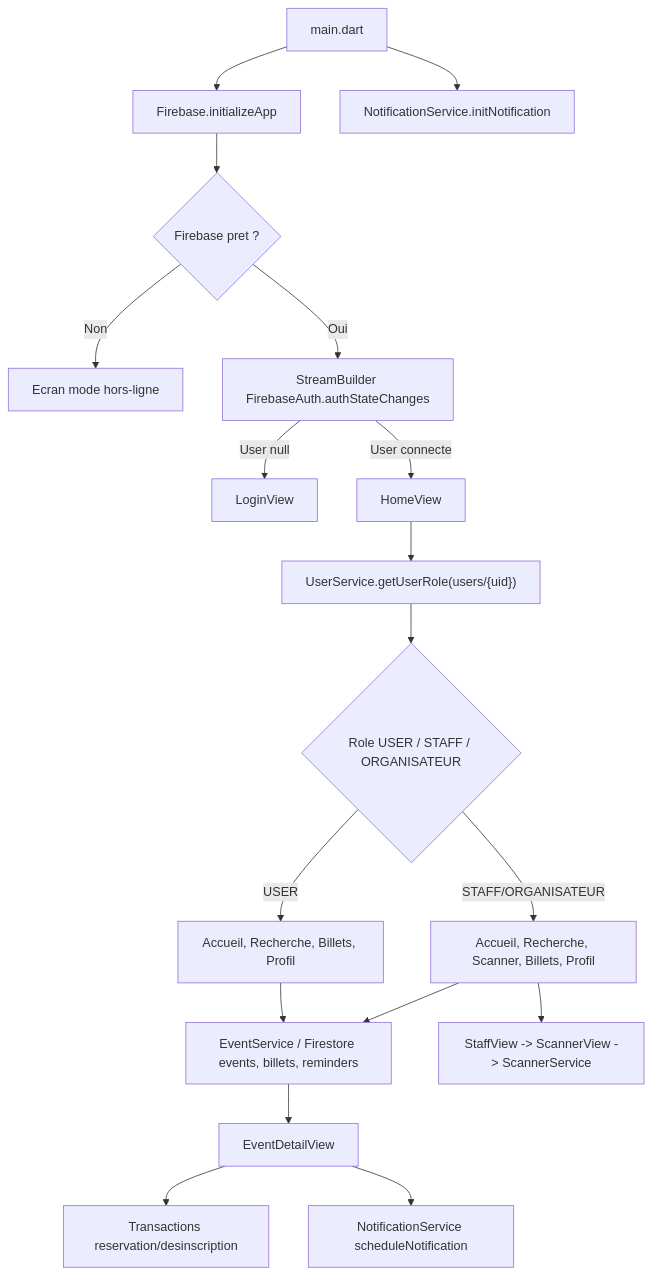
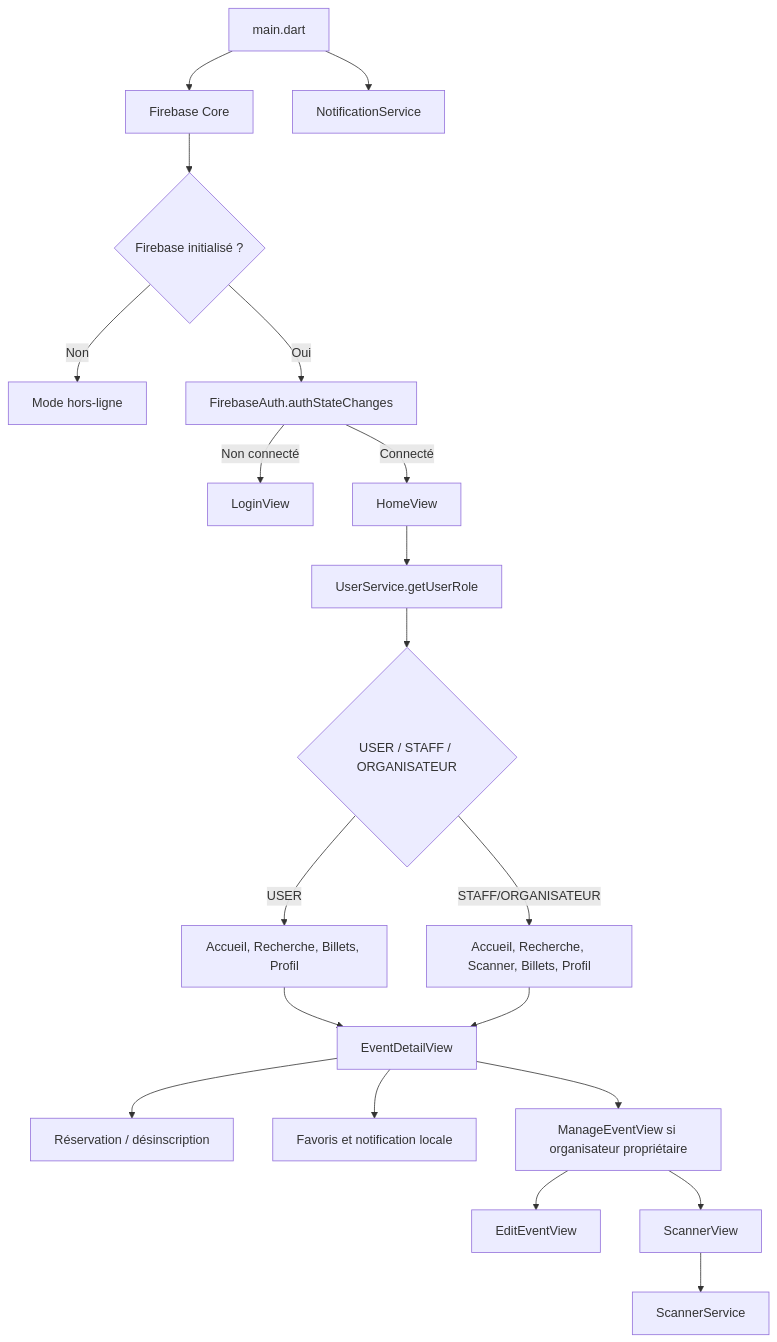
The first of 4 diagrams in docs/architecture_technique.md (CharlesMassuard/Buckshot), drawn with Mermaid before and after one commit. The commit also changed other lines of this file, not shown here.

First line of the commit message:
Restructure and update architecture_technique.md

````diff
--- a/docs/architecture_technique.md
+++ b/docs/architecture_technique.md
@@ -46,22 +64,24 @@
 ```mermaid
 flowchart TD
-  A["main.dart"] --> B["Firebase.initializeApp"]
-  A --> C["NotificationService.initNotification"]
-  B --> D{"Firebase pret ?"}
-  D -- Non --> E["Ecran mode hors-ligne"]
-  D -- Oui --> F["StreamBuilder FirebaseAuth.authStateChanges"]
-  F -- User null --> G["LoginView"]
-  F -- User connecte --> H["HomeView"]
+  A["main.dart"] --> B["Firebase Core"]
+  A --> C["NotificationService"]
+  B --> D{"Firebase initialisé ?"}
+  D -- Non --> E["Mode hors-ligne"]
+  D -- Oui --> F["FirebaseAuth.authStateChanges"]
+  F -- Non connecté --> G["LoginView"]
+  F -- Connecté --> H["HomeView"]
 
-  H --> I["UserService.getUserRole(users/{uid})"]
-  I --> J{"Role USER / STAFF / ORGANISATEUR"}
+  H --> I["UserService.getUserRole"]
+  I --> J{"USER / STAFF / ORGANISATEUR"}
   J -- USER --> K["Accueil, Recherche, Billets, Profil"]
   J -- STAFF/ORGANISATEUR --> L["Accueil, Recherche, Scanner, Billets, Profil"]
 
-  K --> M["EventService / Firestore events, billets, reminders"]
+  K --> M["EventDetailView"]
   L --> M
-  L --> N["StaffView -> ScannerView -> ScannerService"]
-  M --> O["EventDetailView"]
-  O --> P["Transactions reservation/desinscription"]
-  O --> Q["NotificationService scheduleNotification"]
+  M --> N["Réservation / désinscription"]
+  M --> O["Favoris et notification locale"]
+  M --> P["ManageEventView si organisateur propriétaire"]
+  P --> Q["EditEventView"]
+  P --> R["ScannerView"]
+  R --> S["ScannerService"]
 ```
````
